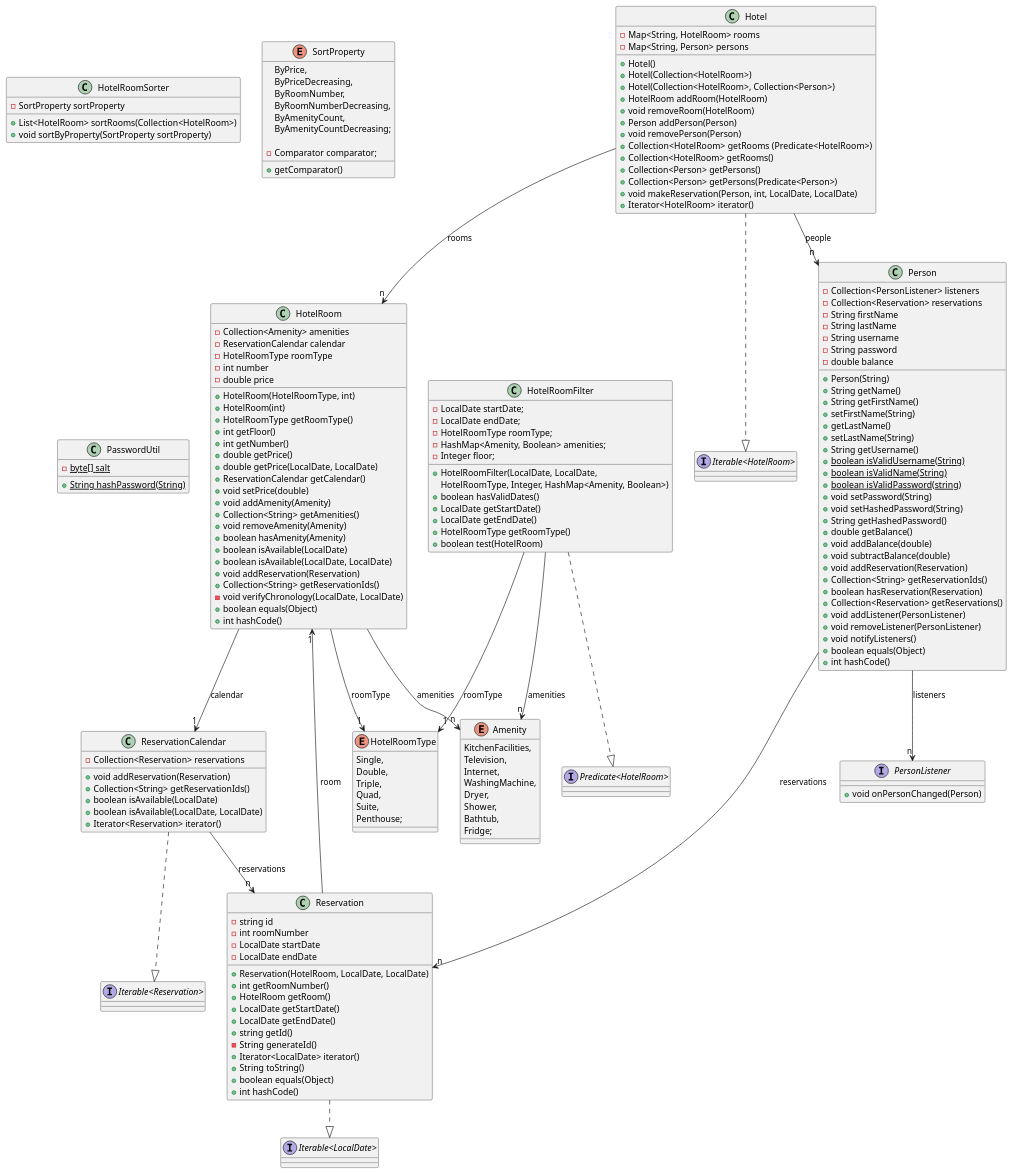
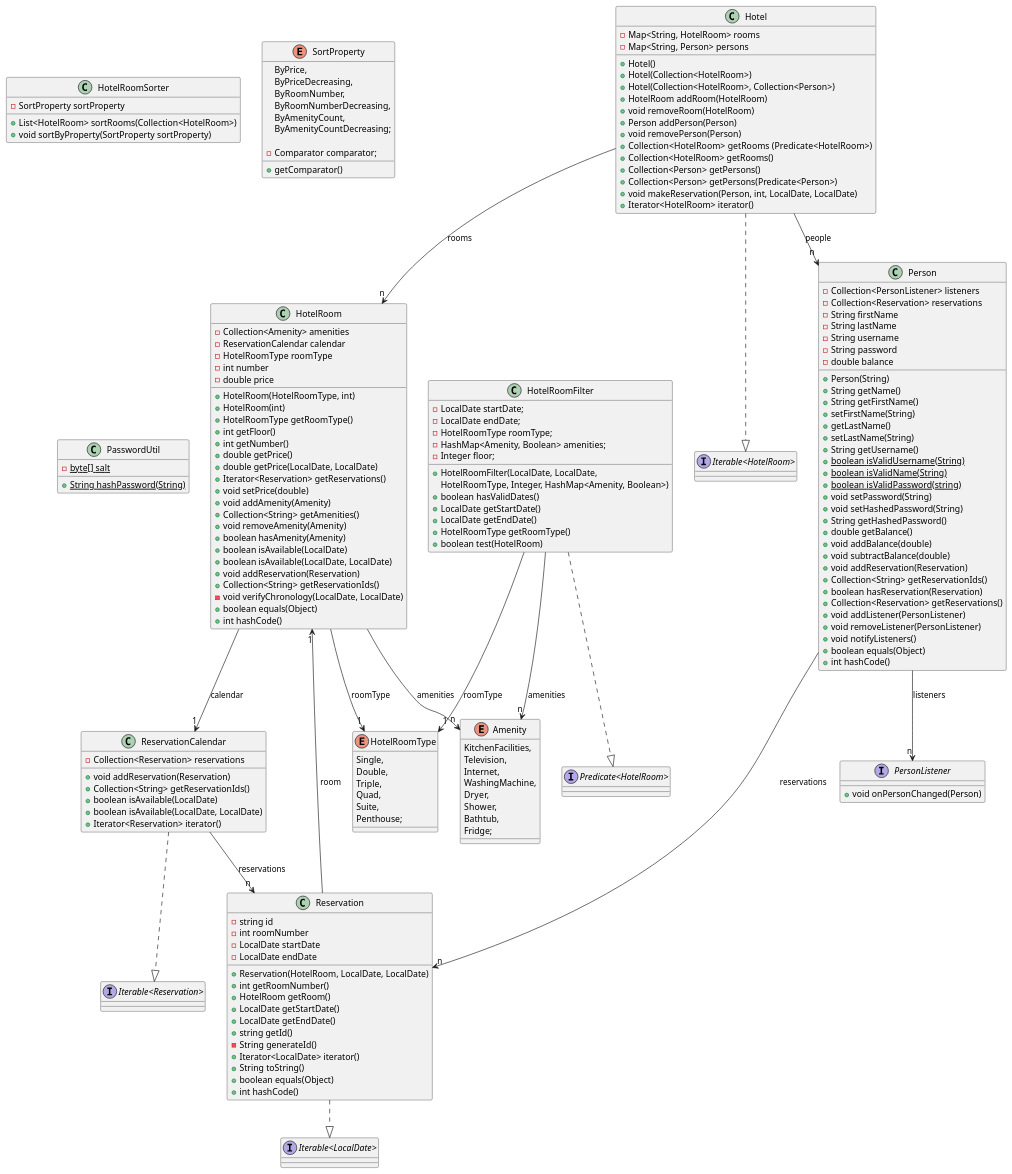
One commit to erlendps/IT1901---HotelSys changed the diagram in docs/modules/core.md. Above: the diagram before and after it, drawn with PlantUML.

Commit message:
#143 change getReservationCalander to getReservations

```diff
--- a/docs/modules/core.md
+++ b/docs/modules/core.md
@@ -35,7 +35,7 @@
     + int getNumber()
     + double getPrice()
     + double getPrice(LocalDate, LocalDate)
-    + ReservationCalendar getCalendar()
+    + Iterator<Reservation> getReservations()
     + void setPrice(double)
     + void addAmenity(Amenity)
     + Collection<String> getAmenities()
```
